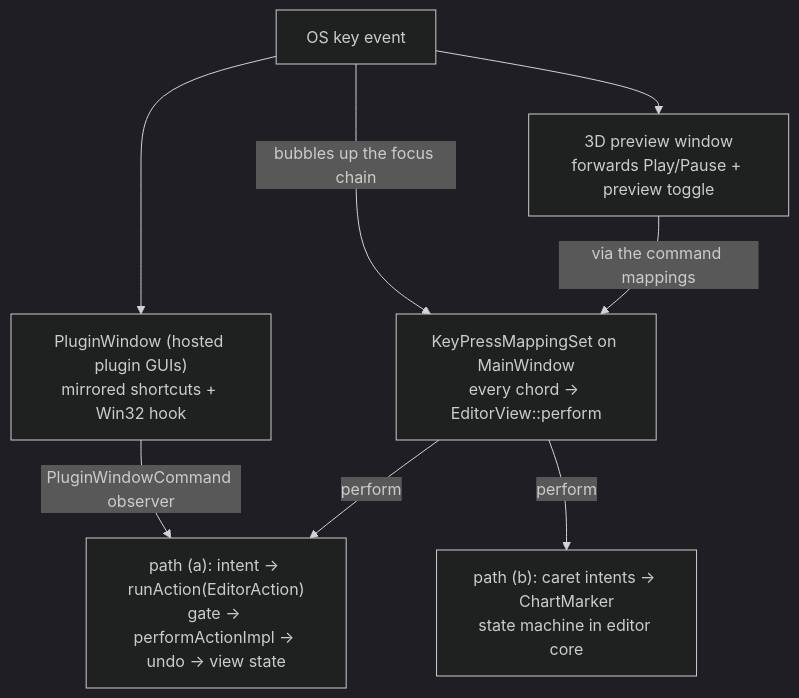
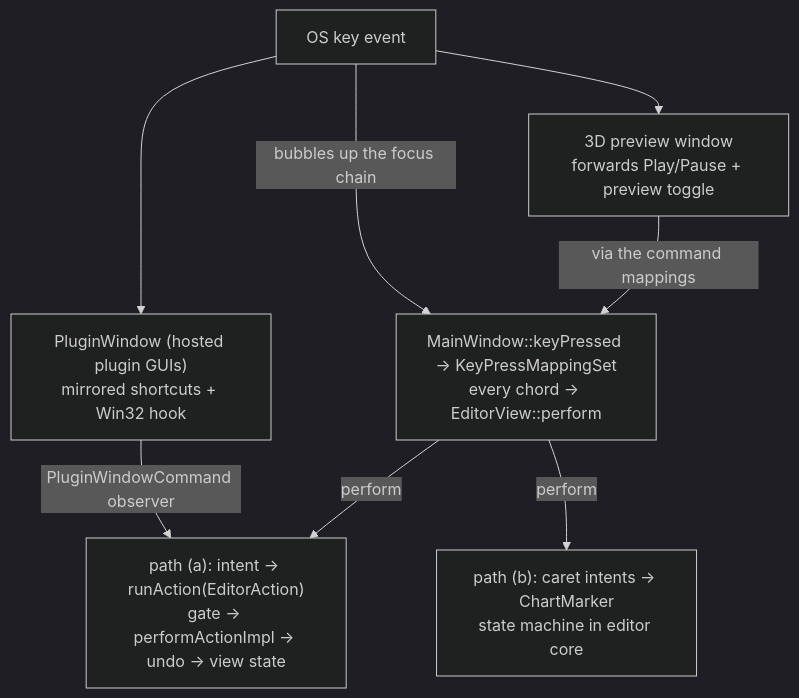
The diagram in docs/developer/keyboard-input.md (tnt-coders/RockHero), drawn with Mermaid (dark theme) before and after one commit. The commit also changed other lines of this file and 8 other files, not shown here.

````diff
--- a/docs/developer/keyboard-input.md
+++ b/docs/developer/keyboard-input.md
@@ -26,19 +26,19 @@
 ```mermaid
 flowchart TB
     os["OS key event"]
-    kpms["`KeyPressMappingSet on MainWindow
+    kpms["`MainWindow::keyPressed → KeyPressMappingSet
     every chord → EditorView::perform`"]
     pw["`PluginWindow (hosted plugin GUIs)
     mirrored shortcuts + Win32 hook`"]
     pv["`3D preview window
     forwards Play/Pause + preview toggle`"]
     action["`path (a): intent → runAction(EditorAction)
     gate → performActionImpl → undo → view state`"]
     caret["`path (b): caret intents → ChartMarker
     state machine in editor core`"]
     os -- bubbles up the focus chain --> kpms
     os --> pw -- PluginWindowCommand observer --> action
     os --> pv -- via the command mappings --> kpms
     kpms -- perform --> action
     kpms -- perform --> caret
 ```
````
